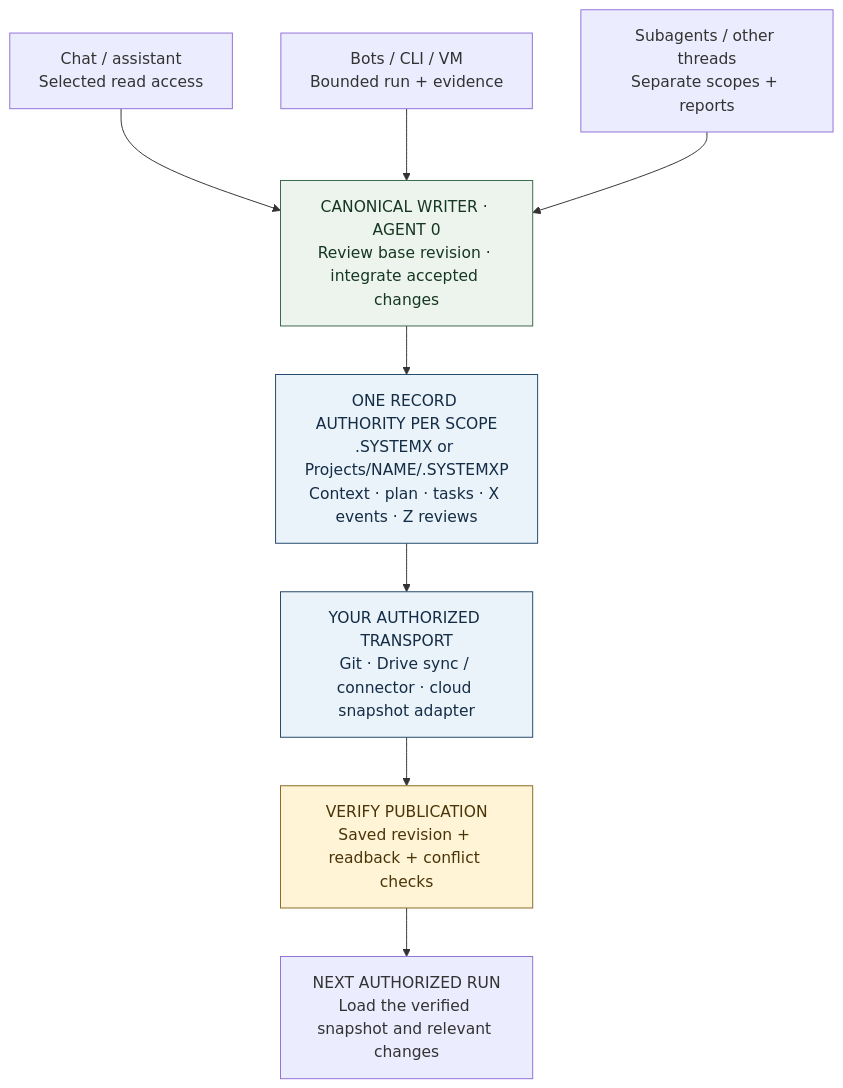
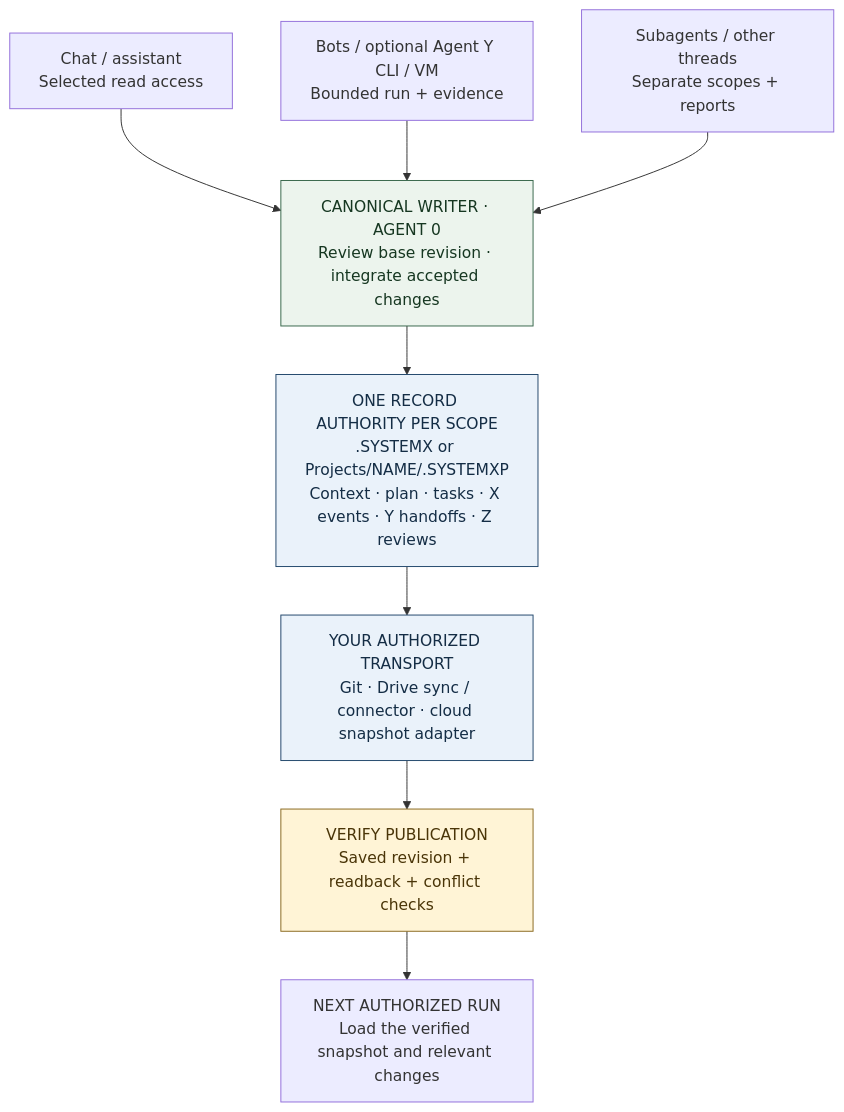
One commit to WayneTechLab/WebAppX changed the diagram in .SYSTEMX/docs/SHARED-WORKSPACES.md. Above: the diagram before and after it, drawn with Mermaid. The commit also changed other lines of this file and 272 other files, not shown here.

````diff
--- a/.SYSTEMX/docs/SHARED-WORKSPACES.md
+++ b/.SYSTEMX/docs/SHARED-WORKSPACES.md
@@ -3,16 +3,16 @@
 ```mermaid
 flowchart TB
   A["Chat / assistant<br/>Selected read access"] --> Owner["CANONICAL WRITER · AGENT 0<br/>Review base revision · integrate accepted changes"]
-  B["Bots / CLI / VM<br/>Bounded run + evidence"] --> Owner
+  B["Bots / optional Agent Y CLI / VM<br/>Bounded run + evidence"] --> Owner
   C["Subagents / other threads<br/>Separate scopes + reports"] --> Owner
-  Owner --> Records["ONE RECORD AUTHORITY PER SCOPE<br/>.SYSTEMX or Projects/NAME/.SYSTEMXP<br/>Context · plan · tasks · X events · Z reviews"]
+  Owner --> Records["ONE RECORD AUTHORITY PER SCOPE<br/>.SYSTEMX or Projects/NAME/.SYSTEMXP<br/>Context · plan · tasks · X events · Y handoffs · Z reviews"]
   Records --> Transport["YOUR AUTHORIZED TRANSPORT<br/>Git · Drive sync / connector · cloud snapshot adapter"]
   Transport --> Verify["VERIFY PUBLICATION<br/>Saved revision + readback + conflict checks"]
   Verify --> Next["NEXT AUTHORIZED RUN<br/>Load the verified snapshot and relevant changes"]
   classDef role fill:#ECF4ED,stroke:#38674B,color:#163721
   classDef data fill:#EAF2FA,stroke:#22476B,color:#142D45
   classDef gate fill:#FFF4D6,stroke:#8A6920,color:#4A3508
   class Owner role
   class Records,Transport data
   class Verify gate
 ```
````
